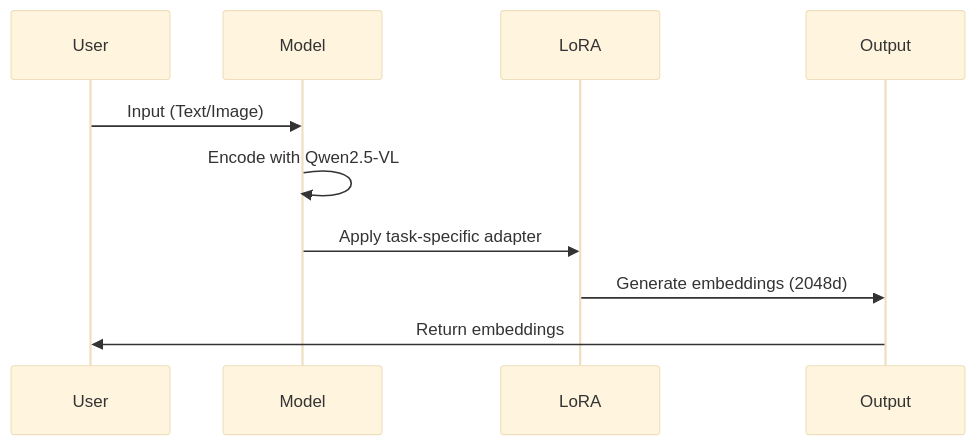
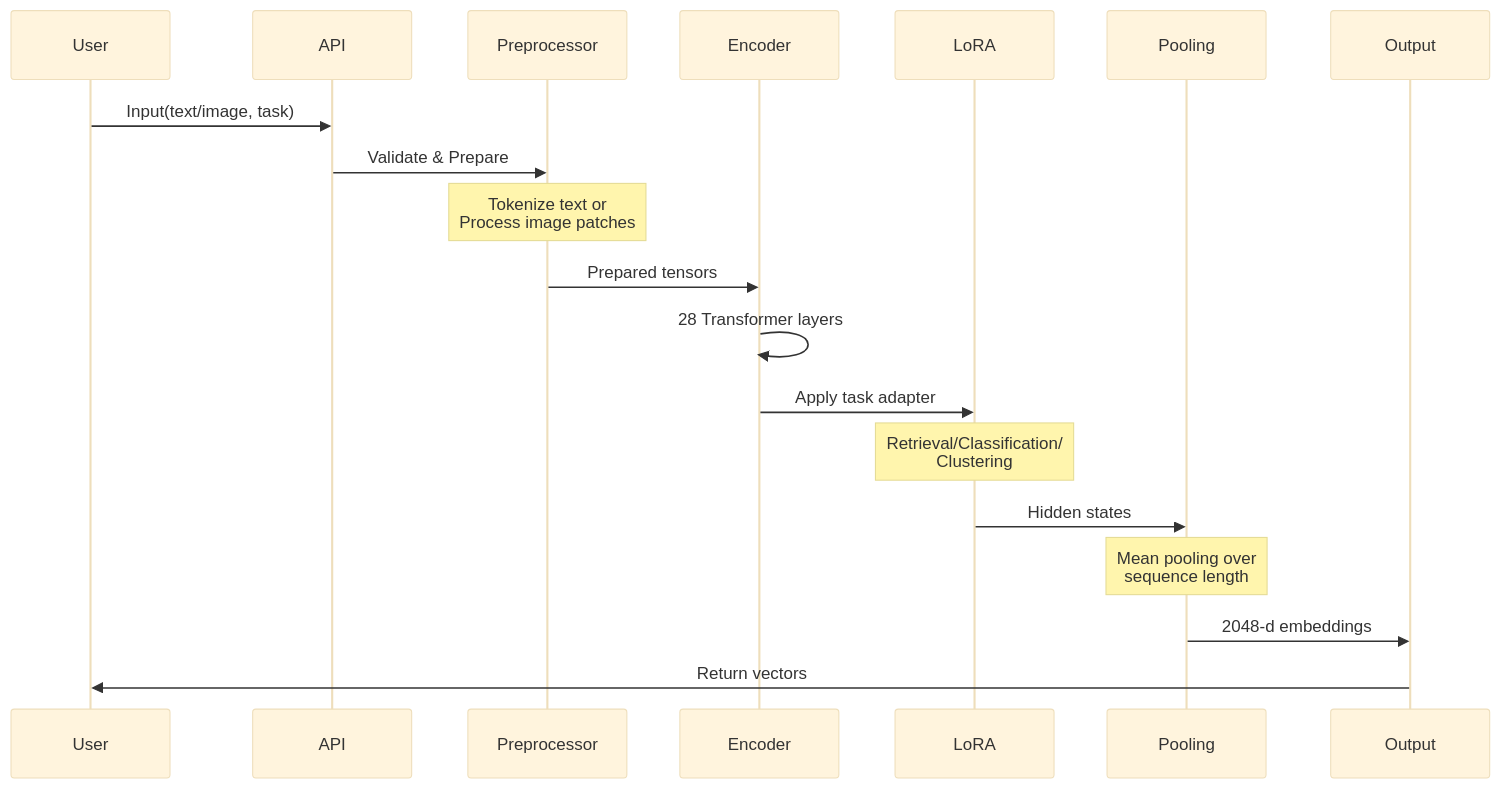
One commit to anubhavg-icpl/jina-v4-local changed the fifth of 14 diagrams in docs/architecture.md. Above: the diagram before and after it, drawn with Mermaid (base theme). The commit also changed other lines of this file and 2 other files, not shown here.

````diff
--- a/docs/architecture.md
+++ b/docs/architecture.md
@@ -71,13 +111,22 @@
 ```mermaid
 sequenceDiagram
     participant User
-    participant Model
+    participant API
+    participant Preprocessor
+    participant Encoder
     participant LoRA
+    participant Pooling
     participant Output
     
-    User->>Model: Input (Text/Image)
-    Model->>Model: Encode with Qwen2.5-VL
-    Model->>LoRA: Apply task-specific adapter
-    LoRA->>Output: Generate embeddings (2048d)
-    Output->>User: Return embeddings
+    User->>API: Input(text/image, task)
+    API->>Preprocessor: Validate & Prepare
+    Note over Preprocessor: Tokenize text or<br/>Process image patches
+    Preprocessor->>Encoder: Prepared tensors
+    Encoder->>Encoder: 28 Transformer layers
+    Encoder->>LoRA: Apply task adapter
+    Note over LoRA: Retrieval/Classification/<br/>Clustering
+    LoRA->>Pooling: Hidden states
+    Note over Pooling: Mean pooling over<br/>sequence length
+    Pooling->>Output: 2048-d embeddings
+    Output->>User: Return vectors
 ```
````
